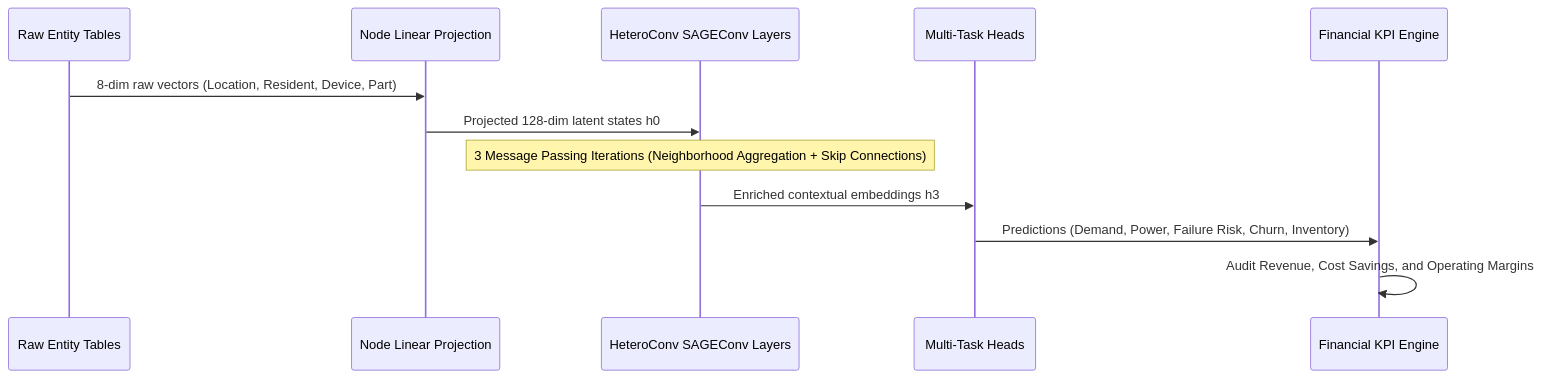
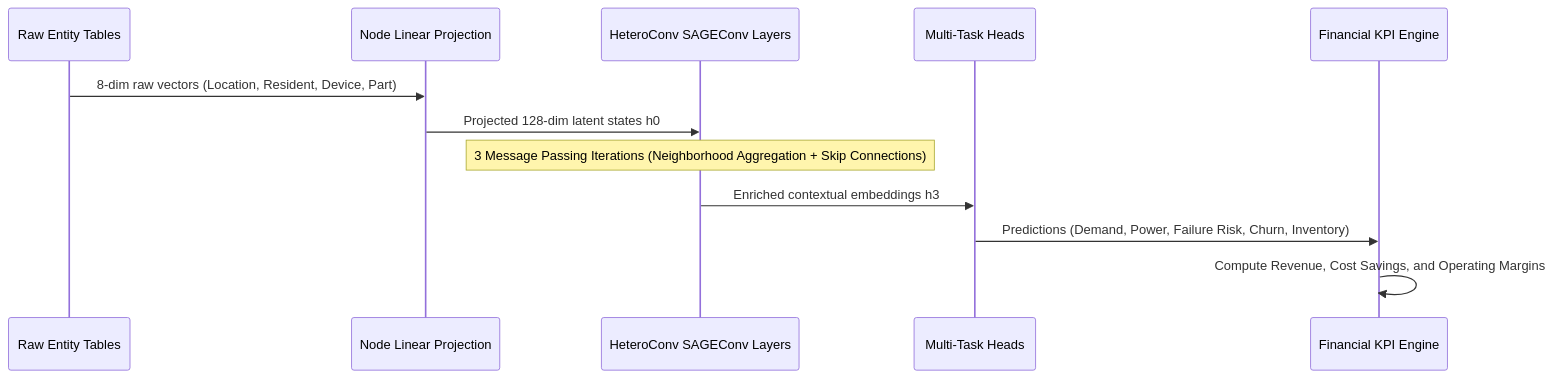
The second of 4 diagrams in docs/GML_FOUNDATIONS_WHAT_WHY_HOW_WHERE.md (AnimeshBasak-14/SmartHVAC), drawn with Mermaid before and after one commit. The commit also changed other lines of this file and 14 other files, not shown here.

````diff
--- a/docs/GML_FOUNDATIONS_WHAT_WHY_HOW_WHERE.md
+++ b/docs/GML_FOUNDATIONS_WHAT_WHY_HOW_WHERE.md
@@ -67,15 +67,15 @@
 ```mermaid
 sequenceDiagram
     participant Raw as Raw Entity Tables
     participant Proj as Node Linear Projection
     participant MP as HeteroConv SAGEConv Layers
     participant Heads as Multi-Task Heads
     participant Fin as Financial KPI Engine
 
     Raw->>Proj: 8-dim raw vectors (Location, Resident, Device, Part)
     Proj->>MP: Projected 128-dim latent states h0
     Note over MP: 3 Message Passing Iterations (Neighborhood Aggregation + Skip Connections)
     MP->>Heads: Enriched contextual embeddings h3
     Heads->>Fin: Predictions (Demand, Power, Failure Risk, Churn, Inventory)
-    Fin->>Fin: Audit Revenue, Cost Savings, and Operating Margins
+    Fin->>Fin: Compute Revenue, Cost Savings, and Operating Margins
 ```
````
